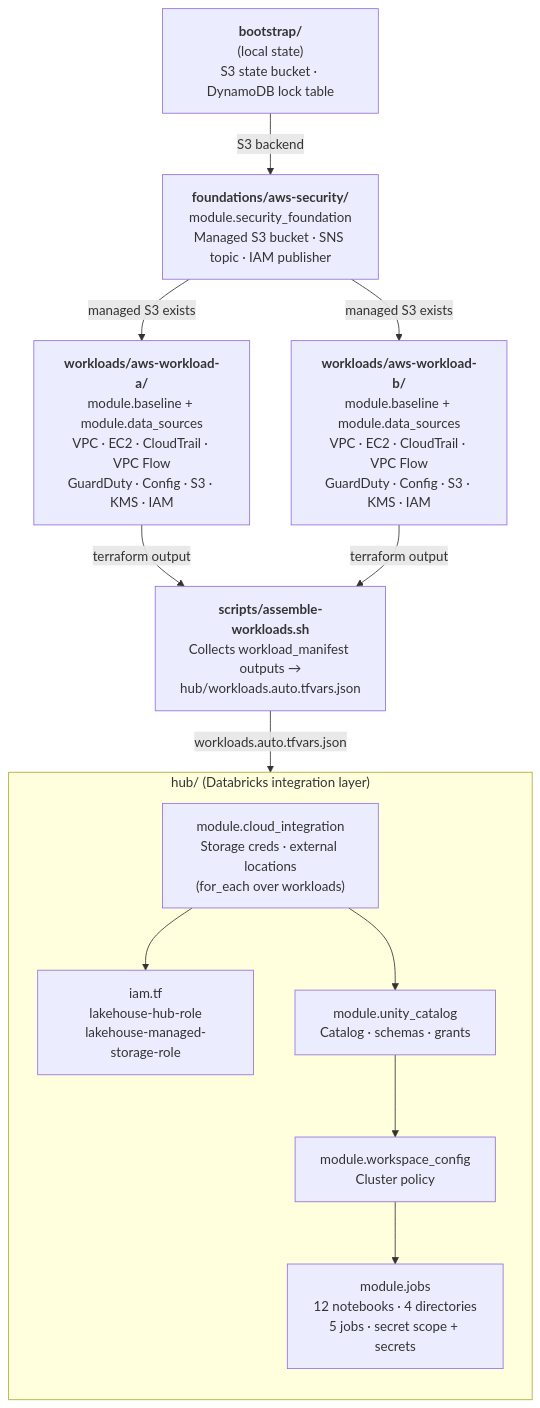
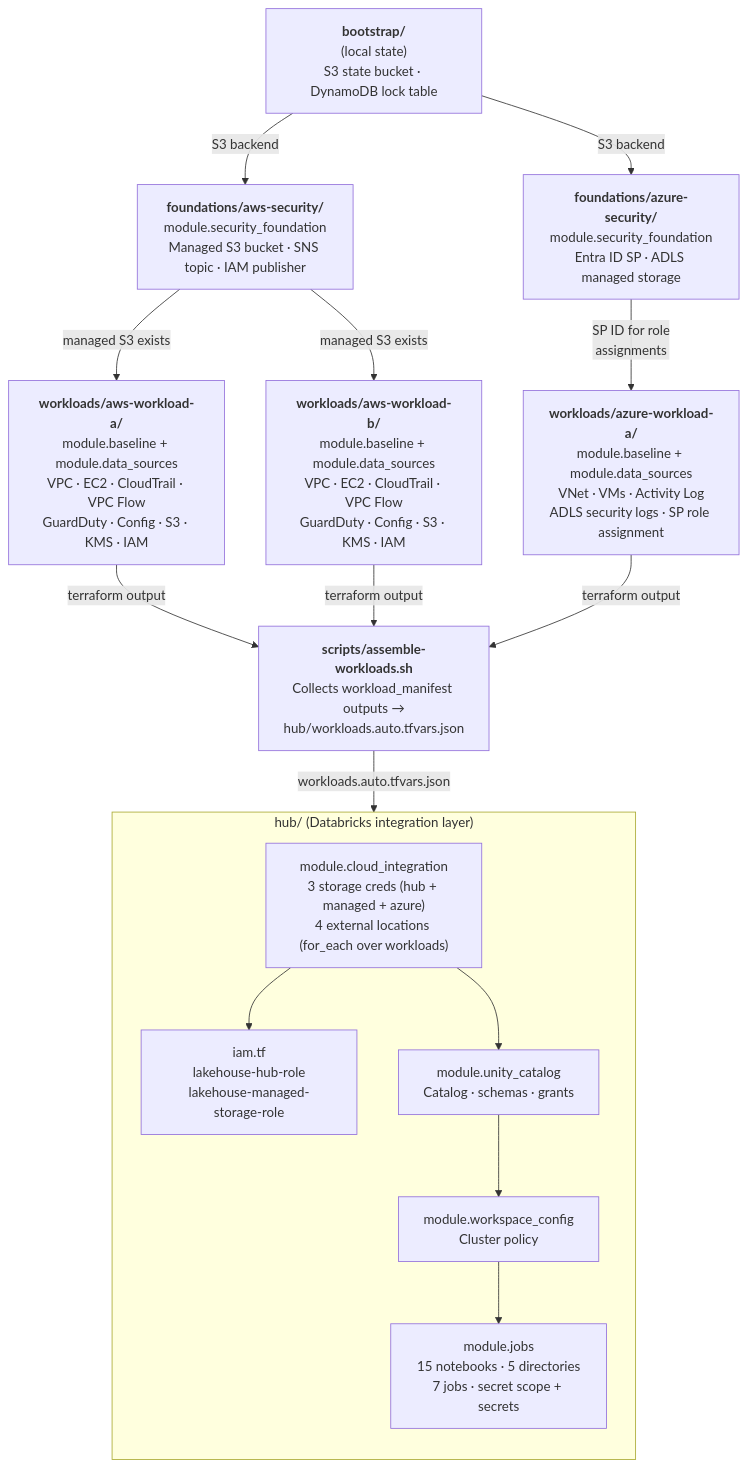
Before and after one commit to snk5125/security-data-platform: the fourth of 4 diagrams in architecture_diagram.md, drawn with Mermaid. The commit also changed other lines of this file and 52 other files, not shown here.

First line of the commit message:
feat: add Azure multi-cloud support (foundation, workloads, notebooks, jobs)

````diff
--- a/architecture_diagram.md
+++ b/architecture_diagram.md
@@ -286,30 +369,36 @@
 ```mermaid
 graph TD
     BOOT["<b>bootstrap/</b><br/>(local state)<br/>S3 state bucket · DynamoDB lock table"]
 
-    FOUND["<b>foundations/aws-security/</b><br/>module.security_foundation<br/>Managed S3 bucket · SNS topic · IAM publisher"]
+    FOUNDA["<b>foundations/aws-security/</b><br/>module.security_foundation<br/>Managed S3 bucket · SNS topic · IAM publisher"]
+
+    FOUNDAZ["<b>foundations/azure-security/</b><br/>module.security_foundation<br/>Entra ID SP · ADLS managed storage"]
 
     WKA["<b>workloads/aws-workload-a/</b><br/>module.baseline + module.data_sources<br/>VPC · EC2 · CloudTrail · VPC Flow<br/>GuardDuty · Config · S3 · KMS · IAM"]
 
     WKB["<b>workloads/aws-workload-b/</b><br/>module.baseline + module.data_sources<br/>VPC · EC2 · CloudTrail · VPC Flow<br/>GuardDuty · Config · S3 · KMS · IAM"]
+
+    WKAZA["<b>workloads/azure-workload-a/</b><br/>module.baseline + module.data_sources<br/>VNet · VMs · Activity Log<br/>ADLS security logs · SP role assignment"]
 
     ASM["<b>scripts/assemble-workloads.sh</b><br/>Collects workload_manifest outputs →<br/>hub/workloads.auto.tfvars.json"]
 
     subgraph HUB ["hub/ (Databricks integration layer)"]
         direction TB
         IAM["iam.tf<br/>lakehouse-hub-role<br/>lakehouse-managed-storage-role"]
-        CI["module.cloud_integration<br/>Storage creds · external locations<br/>(for_each over workloads)"]
+        CI["module.cloud_integration<br/>3 storage creds (hub + managed + azure)<br/>4 external locations (for_each over workloads)"]
         UC["module.unity_catalog<br/>Catalog · schemas · grants"]
         WC["module.workspace_config<br/>Cluster policy"]
-        JOBS["module.jobs<br/>12 notebooks · 4 directories<br/>5 jobs · secret scope + secrets"]
+        JOBS["module.jobs<br/>15 notebooks · 5 directories<br/>7 jobs · secret scope + secrets"]
         CI --> IAM
         CI --> UC
         UC --> WC
         WC --> JOBS
     end
 
-    BOOT -->|"S3 backend"| FOUND
-    FOUND -->|"managed S3 exists"| WKA & WKB
-    WKA & WKB -->|"terraform output"| ASM
+    BOOT -->|"S3 backend"| FOUNDA
+    BOOT -->|"S3 backend"| FOUNDAZ
+    FOUNDA -->|"managed S3 exists"| WKA & WKB
+    FOUNDAZ -->|"SP ID for role<br/>assignments"| WKAZA
+    WKA & WKB & WKAZA -->|"terraform output"| ASM
     ASM -->|"workloads.auto.tfvars.json"| CI
 ```
````
